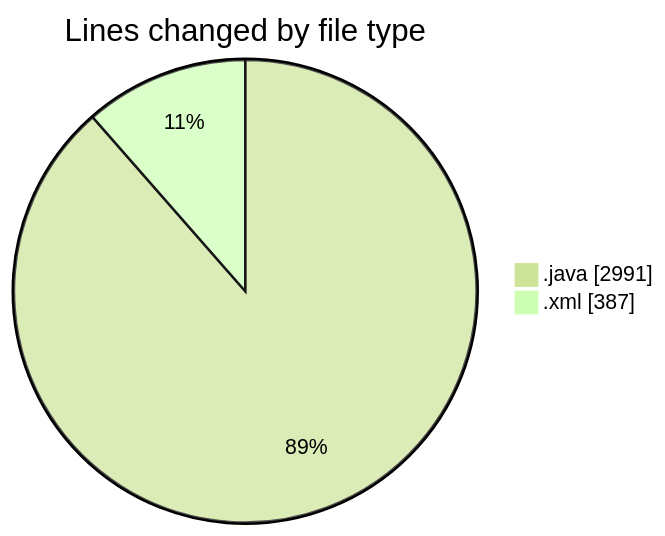
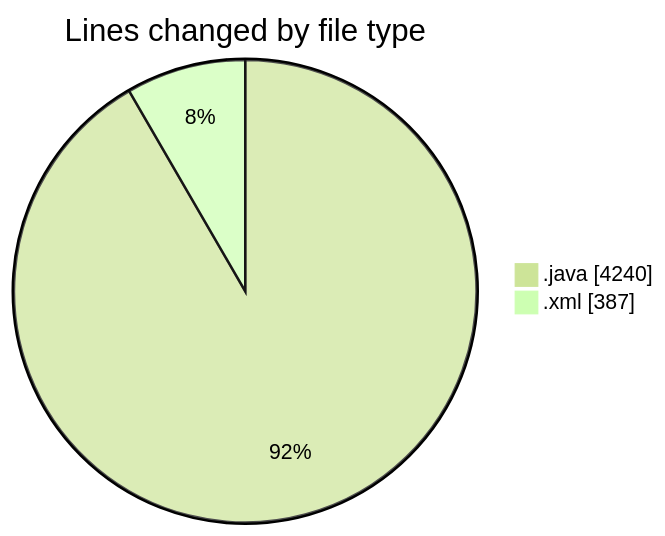
Before and after one commit to charlie-sans/code-tracking: the first of 2 diagrams in 2025-05-01/jmasm/README.md, drawn with Mermaid (forest theme). The commit also changed other lines of this file and 1 other file, not shown here.

````diff
--- a/2025-05-01/jmasm/README.md
+++ b/2025-05-01/jmasm/README.md
@@ -28,6 +28,6 @@
 ```mermaid
 pie showData
 title Lines changed by file type
-".java" : 2991
+".java" : 4240
 ".xml" : 387
 ```
````
